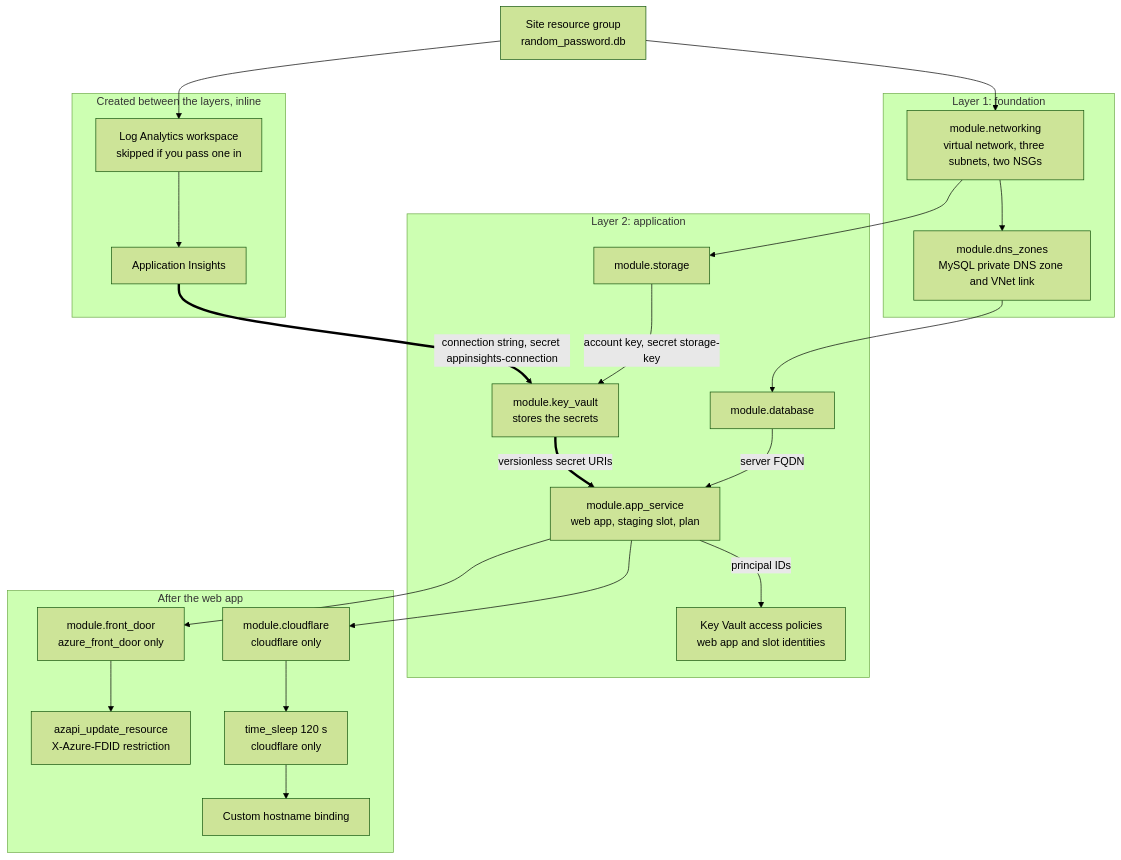
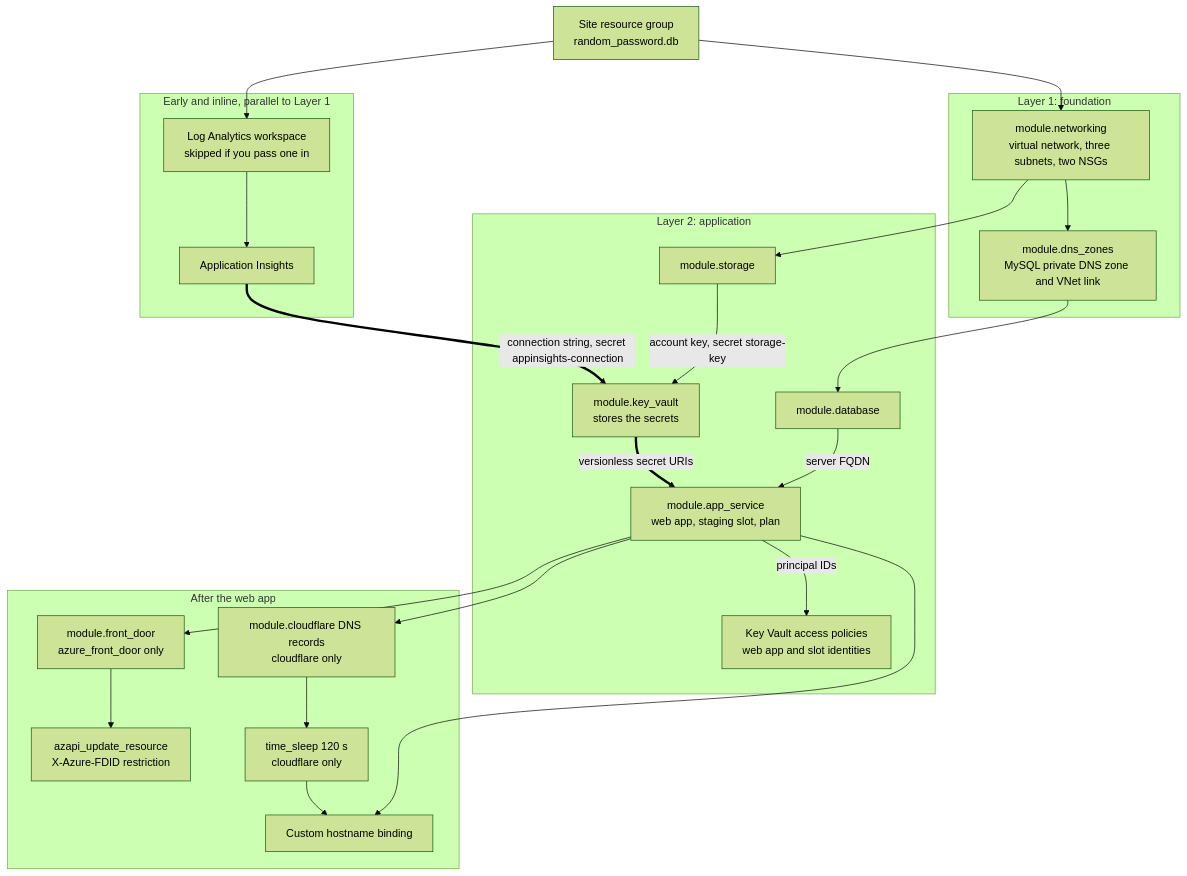
Before and after one commit to agenticcodingops/azure-wordpress: the second of 7 diagrams in docs/architecture.md, drawn with Mermaid (forest theme). The commit also changed other lines of this file and 3 other files, not shown here.

First line of the commit message:
docs: correct architecture details found in an independent check

````diff
--- a/docs/architecture.md
+++ b/docs/architecture.md
@@ -121,41 +122,42 @@
 ```mermaid
 flowchart TB
     rg["Site resource group<br/>random_password.db"]
 
     subgraph l1["Layer 1: foundation"]
         net["module.networking<br/>virtual network, three subnets, two NSGs"]
         dns["module.dns_zones<br/>MySQL private DNS zone and VNet link"]
     end
 
-    subgraph early["Created between the layers, inline"]
+    subgraph early["Early and inline, parallel to Layer 1"]
         law["Log Analytics workspace<br/>skipped if you pass one in"]
         appi["Application Insights"]
     end
 
     subgraph l2["Layer 2: application"]
         db["module.database"]
         st["module.storage"]
         kv["module.key_vault<br/>stores the secrets"]
         app["module.app_service<br/>web app, staging slot, plan"]
         pol["Key Vault access policies<br/>web app and slot identities"]
     end
 
     subgraph after["After the web app"]
         fd["module.front_door<br/>azure_front_door only"]
         patch["azapi_update_resource<br/>X-Azure-FDID restriction"]
-        cfm["module.cloudflare<br/>cloudflare only"]
+        cfm["module.cloudflare DNS records<br/>cloudflare only"]
         wait["time_sleep 120 s<br/>cloudflare only"]
         bind["Custom hostname binding"]
     end
 
     rg --> net --> dns --> db
     rg --> law --> appi
     net --> st
     appi ==>|"connection string, secret appinsights-connection"| kv
     st -->|"account key, secret storage-key"| kv
     kv ==>|"versionless secret URIs"| app
     db -->|"server FQDN"| app
     app -->|"principal IDs"| pol
     app --> fd --> patch
     app --> cfm --> wait --> bind
+    app --> bind
 ```
````
